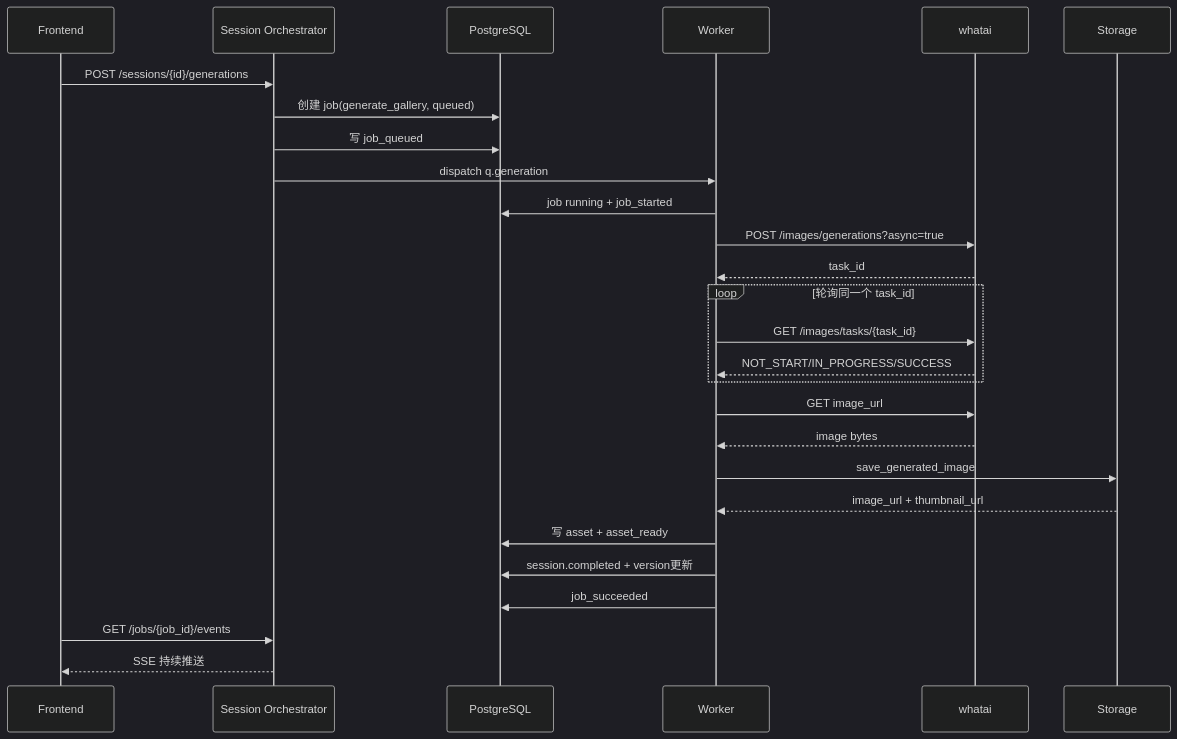
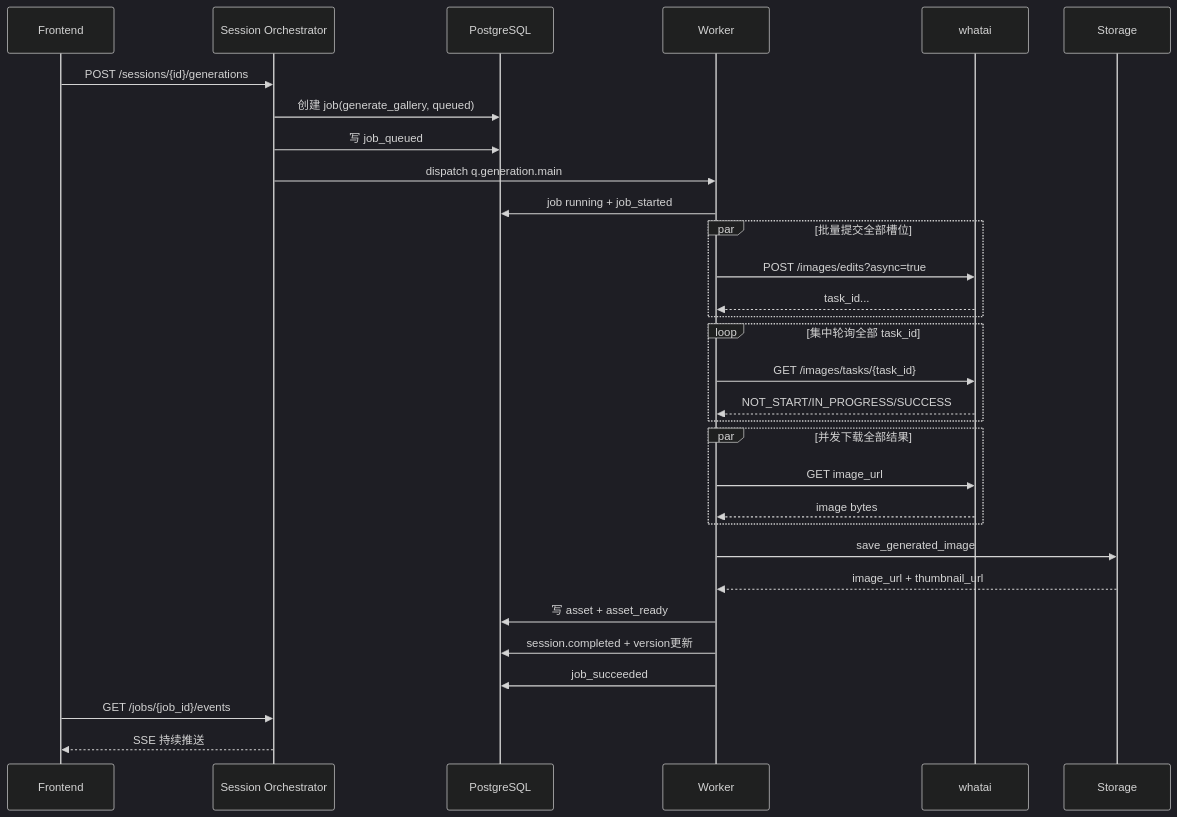
The first of 3 diagrams in docs/生图Agent协作逻辑.md (JackWPP/smartphoto_backend), drawn with Mermaid (dark theme) before and after one commit. The commit also changed other lines of this file and 50 other files, not shown here.

````diff
--- a/docs/生图Agent协作逻辑.md
+++ b/docs/生图Agent协作逻辑.md
@@ -163,30 +185,34 @@
 ```mermaid
 sequenceDiagram
     participant FE as Frontend
     participant API as Session Orchestrator
     participant DB as PostgreSQL
     participant W as Worker
     participant U as whatai
     participant S as Storage
 
     FE->>API: POST /sessions/{id}/generations
     API->>DB: 创建 job(generate_gallery, queued)
     API->>DB: 写 job_queued
-    API->>W: dispatch q.generation
+    API->>W: dispatch q.generation.main
     W->>DB: job running + job_started
-    W->>U: POST /images/generations?async=true
-    U-->>W: task_id
-    loop 轮询同一个 task_id
+    par 批量提交全部槽位
+        W->>U: POST /images/edits?async=true
+        U-->>W: task_id...
+    end
+    loop 集中轮询全部 task_id
         W->>U: GET /images/tasks/{task_id}
         U-->>W: NOT_START/IN_PROGRESS/SUCCESS
     end
-    W->>U: GET image_url
-    U-->>W: image bytes
+    par 并发下载全部结果
+        W->>U: GET image_url
+        U-->>W: image bytes
+    end
     W->>S: save_generated_image
     S-->>W: image_url + thumbnail_url
     W->>DB: 写 asset + asset_ready
     W->>DB: session.completed + version更新
     W->>DB: job_succeeded
     FE->>API: GET /jobs/{job_id}/events
     API-->>FE: SSE 持续推送
 ```
````
